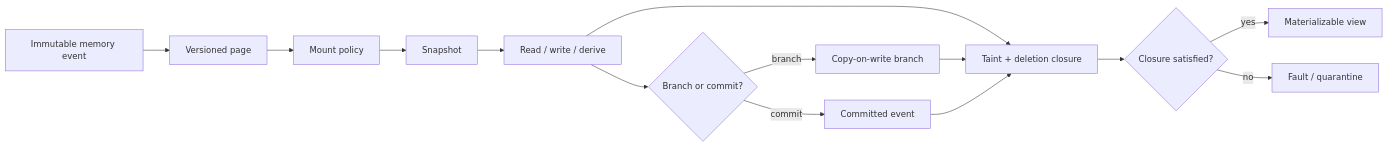
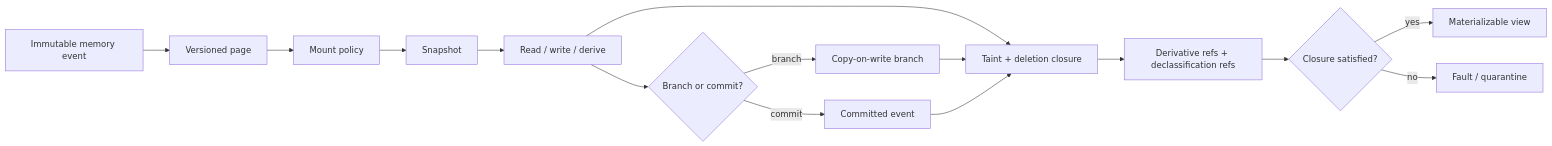
One commit to corbensorenson/asi-stack-book changed the diagram in chapters/context-transactions-snapshots-mounts-and-taint.qmd. Above: the diagram before and after it, drawn with Mermaid. The commit also changed other lines of this file and 12 other files, not shown here.

````diff
--- a/chapters/context-transactions-snapshots-mounts-and-taint.qmd
+++ b/chapters/context-transactions-snapshots-mounts-and-taint.qmd
@@ -93,16 +93,17 @@
 ```{mermaid}
 flowchart LR
   A["Immutable memory event"] --> B["Versioned page"]
   B --> C["Mount policy"]
   C --> D["Snapshot"]
   D --> E["Read / write / derive"]
   E --> F{"Branch or commit?"}
   F -- "branch" --> G["Copy-on-write branch"]
   F -- "commit" --> H["Committed event"]
   E --> I["Taint + deletion closure"]
   G --> I
   H --> I
-  I --> J{"Closure satisfied?"}
-  J -- "yes" --> K["Materializable view"]
-  J -- "no" --> L["Fault / quarantine"]
+  I --> J["Derivative refs + declassification refs"]
+  J --> K{"Closure satisfied?"}
+  K -- "yes" --> L["Materializable view"]
+  K -- "no" --> M["Fault / quarantine"]
 ```
````
